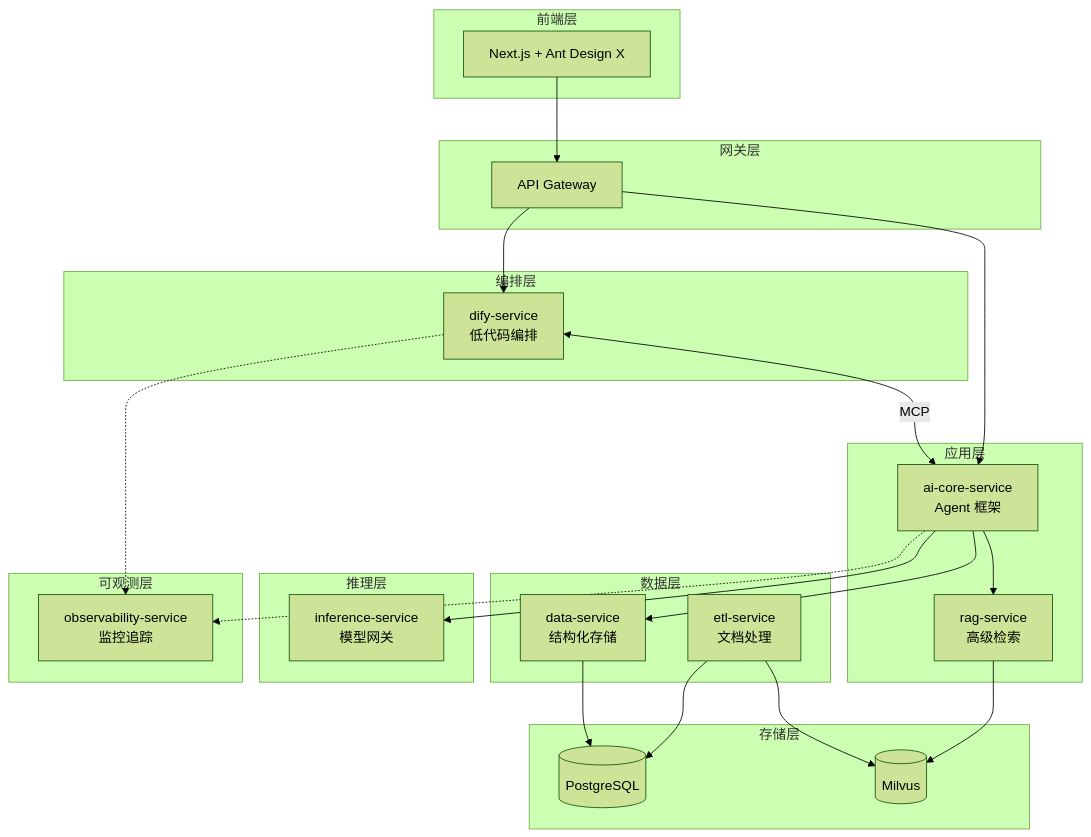
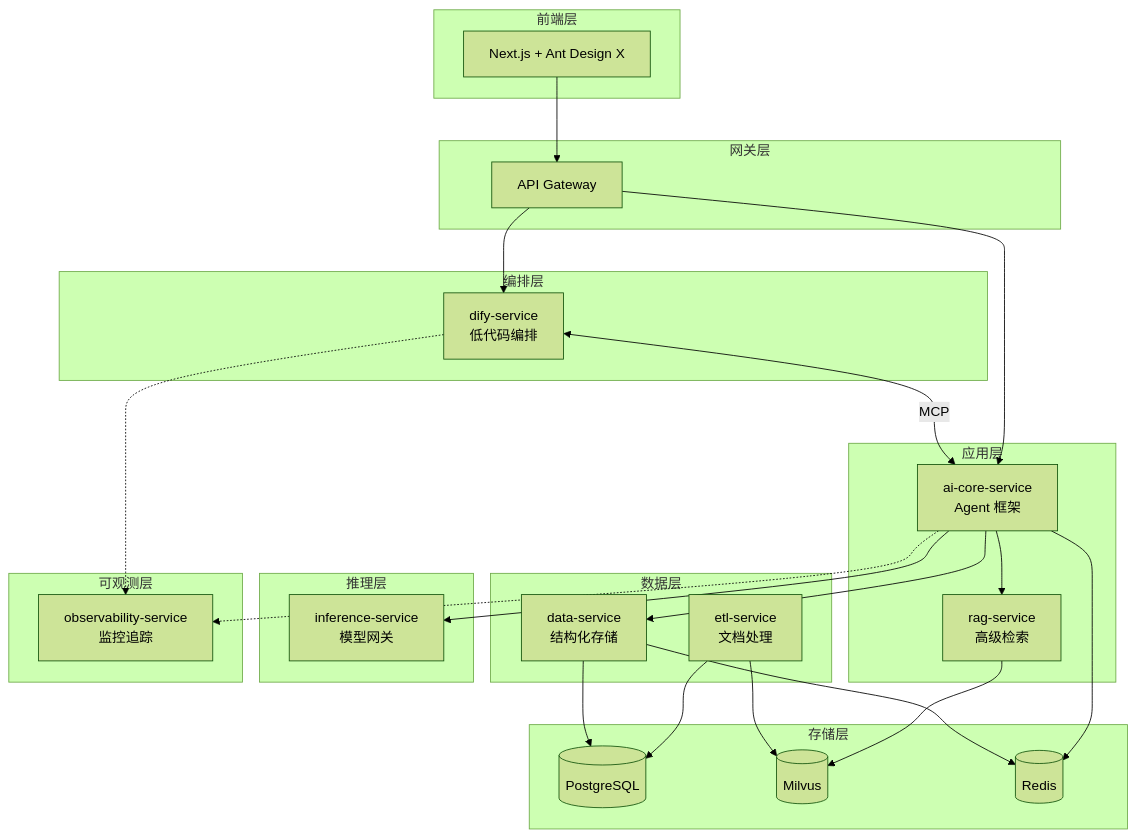
The first of 12 diagrams in 开发计划/backend-development-plan.md (hanwei808/ai-product-production-guide), drawn with Mermaid (forest theme) before and after one commit. The commit also changed other lines of this file and 3 other files, not shown here.

````diff
--- a/开发计划/backend-development-plan.md
+++ b/开发计划/backend-development-plan.md
@@ -17,51 +18,54 @@
 ```mermaid
 graph TD
     subgraph 前端层
         UI[Next.js + Ant Design X]
     end
 
     subgraph 网关层
         Gateway[API Gateway]
     end
 
     subgraph 编排层
         Dify[dify-service<br/>低代码编排]
     end
 
     subgraph 应用层
         Core[ai-core-service<br/>Agent 框架]
         RAG[rag-service<br/>高级检索]
     end
 
     subgraph 数据层
         ETL[etl-service<br/>文档处理]
         Data[data-service<br/>结构化存储]
     end
 
     subgraph 推理层
         Inference[inference-service<br/>模型网关]
     end
 
     subgraph 可观测层
         Obs[observability-service<br/>监控追踪]
     end
 
     subgraph 存储层
         PG[(PostgreSQL)]
         Milvus[(Milvus)]
+        Redis[(Redis)]
     end
 
     UI --> Gateway
     Gateway --> Dify
     Gateway --> Core
     Dify <-->|MCP| Core
     Core --> RAG
     Core --> Inference
     RAG --> Milvus
     ETL --> Milvus
     ETL --> PG
     Core --> Data
+    Core --> Redis
     Data --> PG
+    Data --> Redis
     Core -.-> Obs
     Dify -.-> Obs
 ```
````
